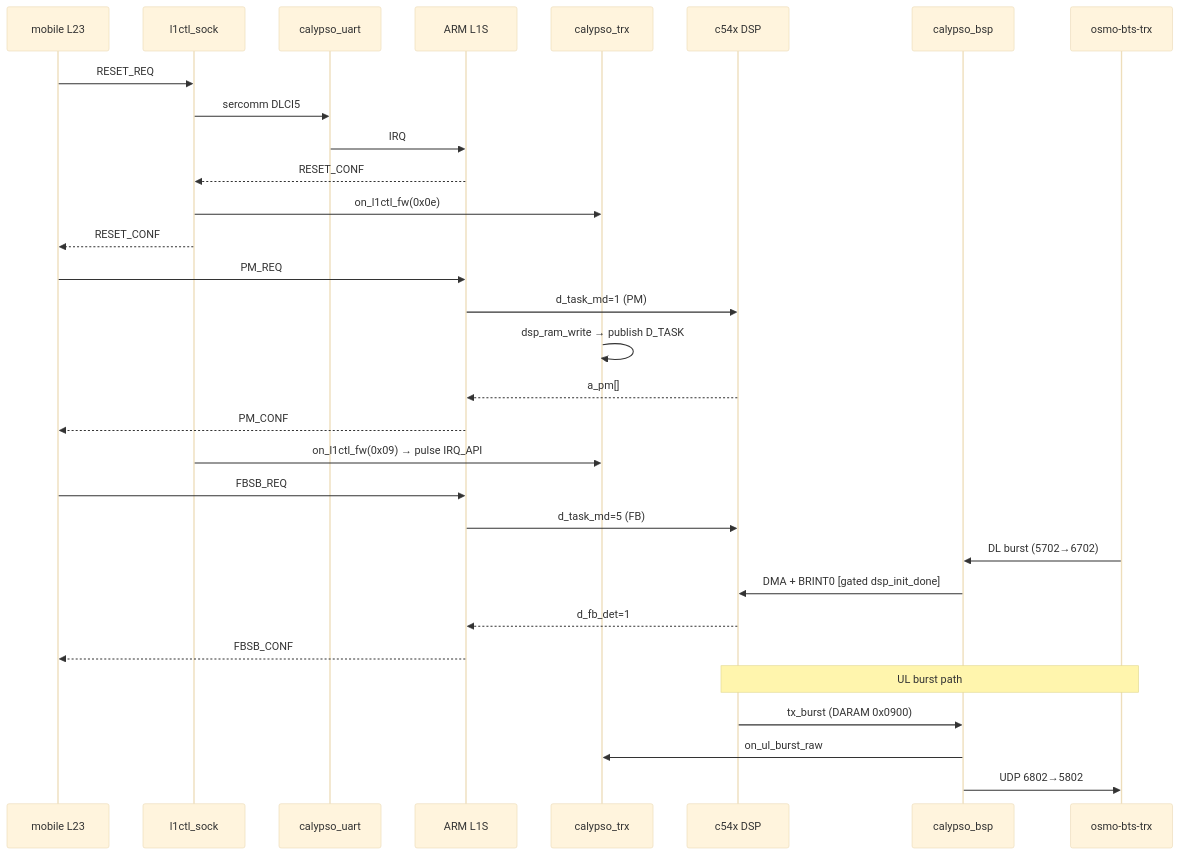
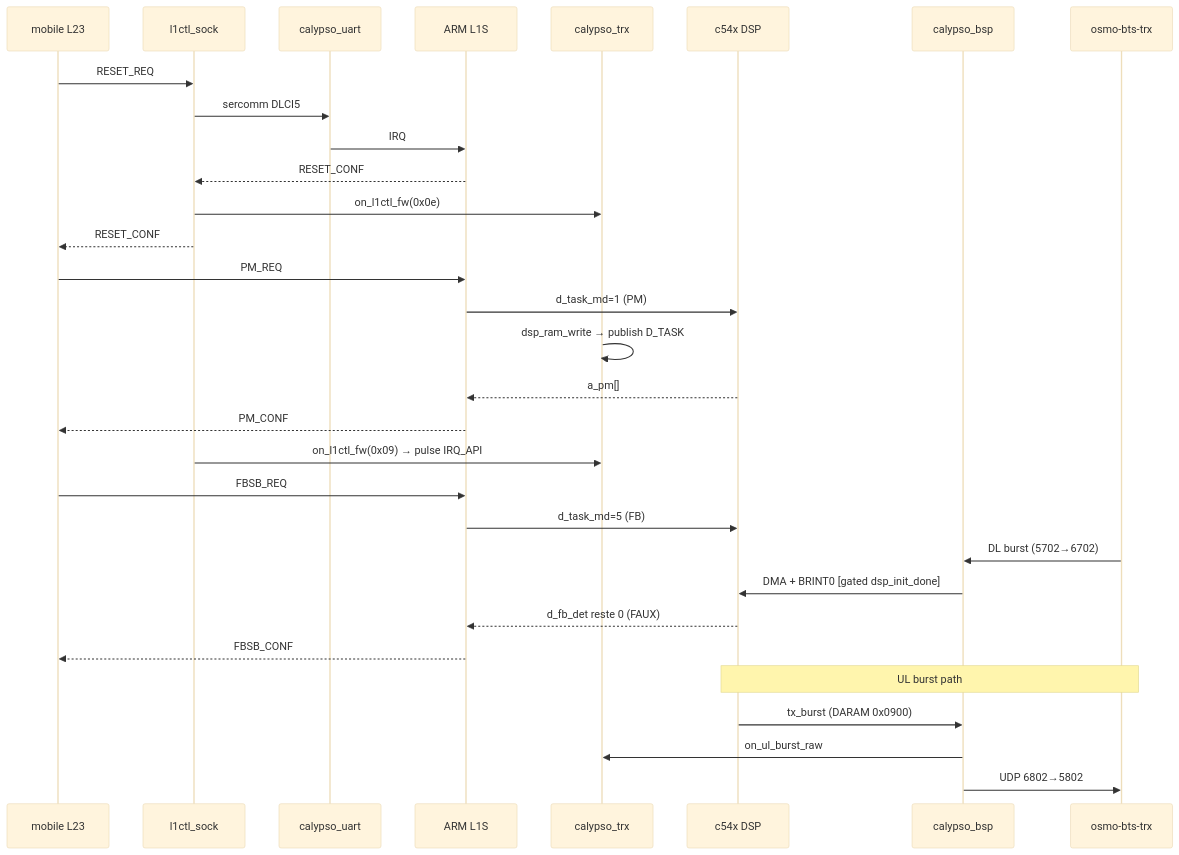
Before and after one commit to bbaranoff/qemu-calypso: the second of 2 diagrams in doc/project/FLOW.md, drawn with Mermaid (base theme). The commit also changed other lines of this file and 40 other files, not shown here.

````diff
--- a/doc/project/FLOW.md
+++ b/doc/project/FLOW.md
@@ -47,37 +56,37 @@
 ```mermaid
 sequenceDiagram
     participant L23 as mobile L23
     participant SOCK as l1ctl_sock
     participant UART as calypso_uart
     participant ARM as ARM L1S
     participant TRX as calypso_trx
     participant DSP as c54x DSP
     participant BSP as calypso_bsp
     participant BTS as osmo-bts-trx
 
     L23->>SOCK: RESET_REQ
     SOCK->>UART: sercomm DLCI5
     UART->>ARM: IRQ
     ARM-->>SOCK: RESET_CONF
     SOCK->>TRX: on_l1ctl_fw(0x0e)
     SOCK-->>L23: RESET_CONF
 
     L23->>ARM: PM_REQ
     ARM->>DSP: d_task_md=1 (PM)
     TRX->>TRX: dsp_ram_write → publish D_TASK
     DSP-->>ARM: a_pm[]
     ARM-->>L23: PM_CONF
     SOCK->>TRX: on_l1ctl_fw(0x09) → pulse IRQ_API
 
     L23->>ARM: FBSB_REQ
     ARM->>DSP: d_task_md=5 (FB)
     BTS->>BSP: DL burst (5702→6702)
     BSP->>DSP: DMA + BRINT0 [gated dsp_init_done]
-    DSP-->>ARM: d_fb_det=1
+    DSP-->>ARM: d_fb_det reste 0 (FAUX)
     ARM-->>L23: FBSB_CONF
 
     Note over DSP,BTS: UL burst path
     DSP->>BSP: tx_burst (DARAM 0x0900)
     BSP->>TRX: on_ul_burst_raw
     BSP->>BTS: UDP 6802→5802
 ```
````
